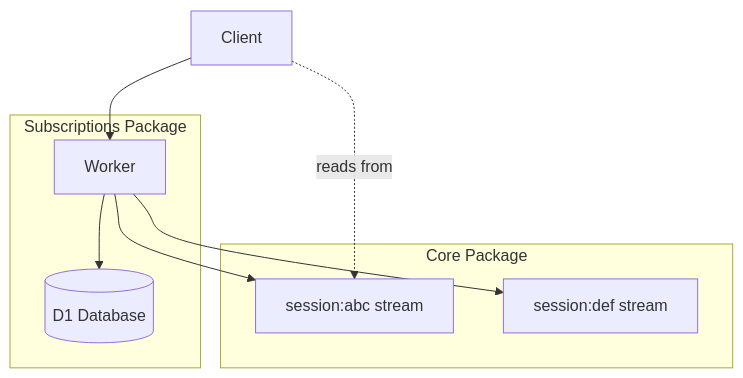
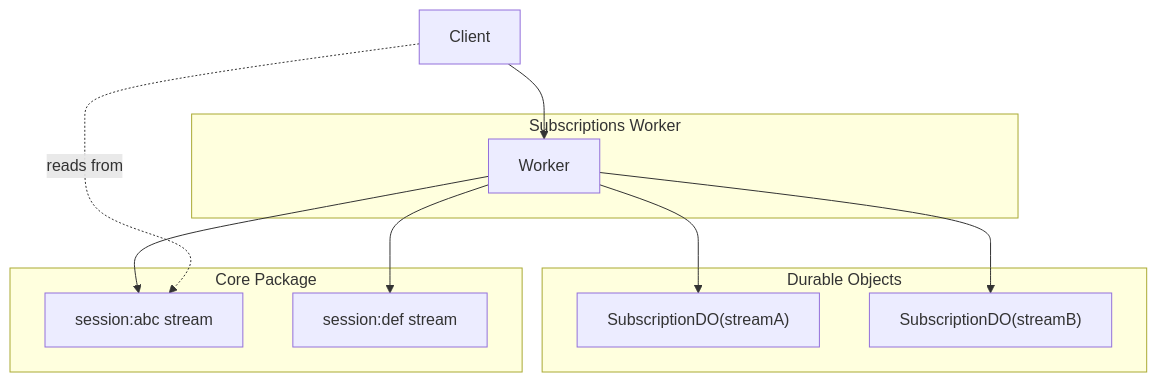
Before and after one commit to commoncurriculum/durable-streams-cloudflare: the first of 3 diagrams in packages/durable-stream-subscriptions/docs/walkthrough.md, drawn with Mermaid. The commit also changed other lines of this file, not shown here.

First line of the commit message:
docs: rewrite subscriptions walkthrough for SubscriptionDO architecture

````diff
--- a/packages/durable-stream-subscriptions/docs/walkthrough.md
+++ b/packages/durable-stream-subscriptions/docs/walkthrough.md
@@ -90,18 +82,23 @@
 ```mermaid
 flowchart TB
-    subgraph Subscriptions Package
-        D1[(D1 Database)]
+    subgraph Subscriptions Worker
         W[Worker]
+    end
+
+    subgraph Durable Objects
+        DO_A["SubscriptionDO(streamA)"]
+        DO_B["SubscriptionDO(streamB)"]
     end
 
     subgraph Core Package
         SS1[session:abc stream]
         SS2[session:def stream]
     end
 
     Client --> W
-    W --> D1
+    W --> DO_A
+    W --> DO_B
     W --> SS1
     W --> SS2
     Client -.->|reads from| SS1
 ```
````
